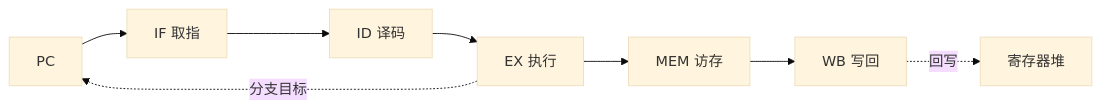
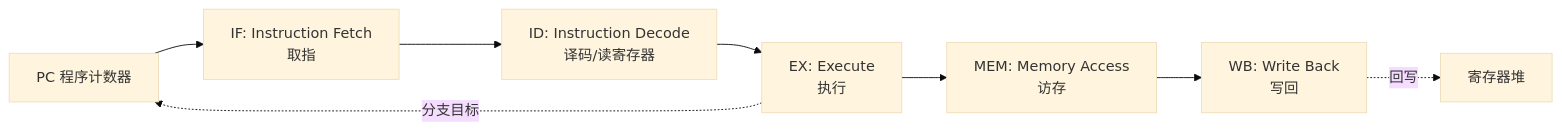
One commit to SummerS-tars/jizu-course-guides changed the second of 5 diagrams in guides/计组-Week1-3-学习指南.md. Above: the diagram before and after it, drawn with Mermaid (base theme). The commit also changed other lines of this file and 12 other files, not shown here.

````diff
--- a/guides/计组-Week1-3-学习指南.md
+++ b/guides/计组-Week1-3-学习指南.md
@@ -129,10 +148,10 @@
 ```mermaid
 graph LR
-    PC[PC] --> IF[IF 取指]
-    IF --> ID[ID 译码]
-    ID --> EX[EX 执行]
-    EX --> MEM[MEM 访存]
-    MEM --> WB[WB 写回]
+    PC[PC 程序计数器] --> IF["IF: Instruction Fetch<br/>取指"]
+    IF --> ID["ID: Instruction Decode<br/>译码/读寄存器"]
+    ID --> EX["EX: Execute<br/>执行"]
+    EX --> MEM["MEM: Memory Access<br/>访存"]
+    MEM --> WB["WB: Write Back<br/>写回"]
     WB -.->|回写| RF[寄存器堆]
     EX -.->|分支目标| PC
 ```
````
